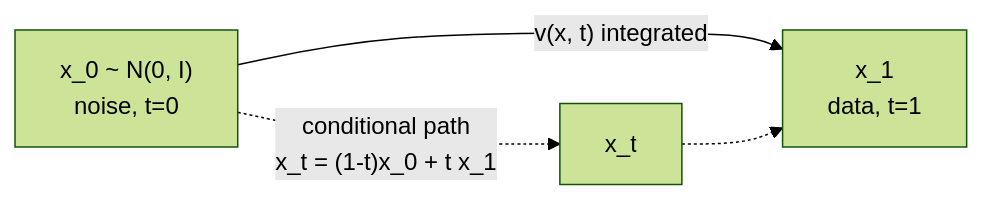
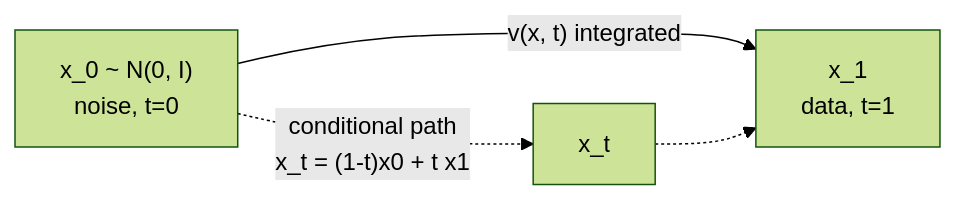
One commit to tanmaniac/nanovision changed the diagram in assignments/a06_0_flow_matching/README.md. Above: the diagram before and after it, drawn with Mermaid (forest theme). The commit also changed other lines of this file and 68 other files, not shown here.

````diff
--- a/assignments/a06_0_flow_matching/README.md
+++ b/assignments/a06_0_flow_matching/README.md
@@ -62,6 +72,6 @@
 ```mermaid
 flowchart LR
     N["x_0 ~ N(0, I)<br/>noise, t=0"] -->|"v(x, t) integrated"| D["x_1<br/>data, t=1"]
-    N -.->|"conditional path<br/>x_t = (1-t)x_0 + t x_1"| M["x_t"]
+    N -.->|"conditional path<br/>x_t = (1-t)x0 + t x1"| M["x_t"]
     M -.-> D
 ```
````
